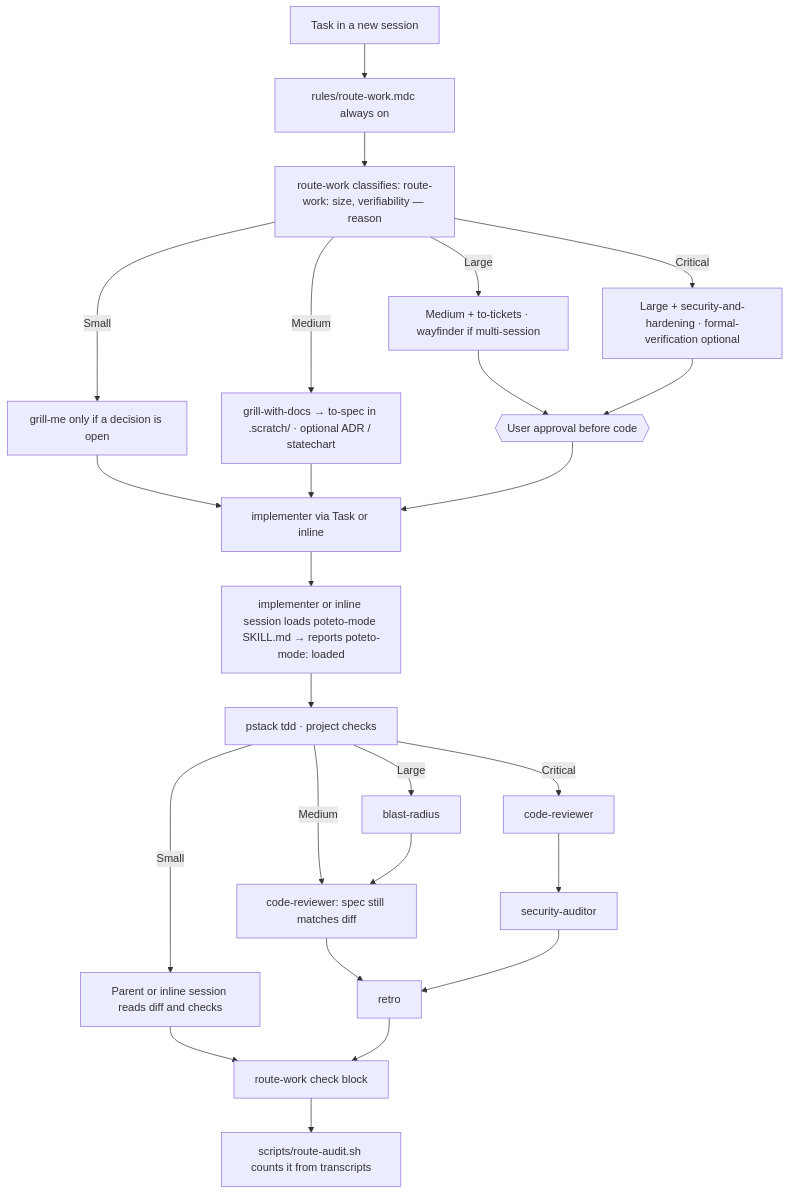
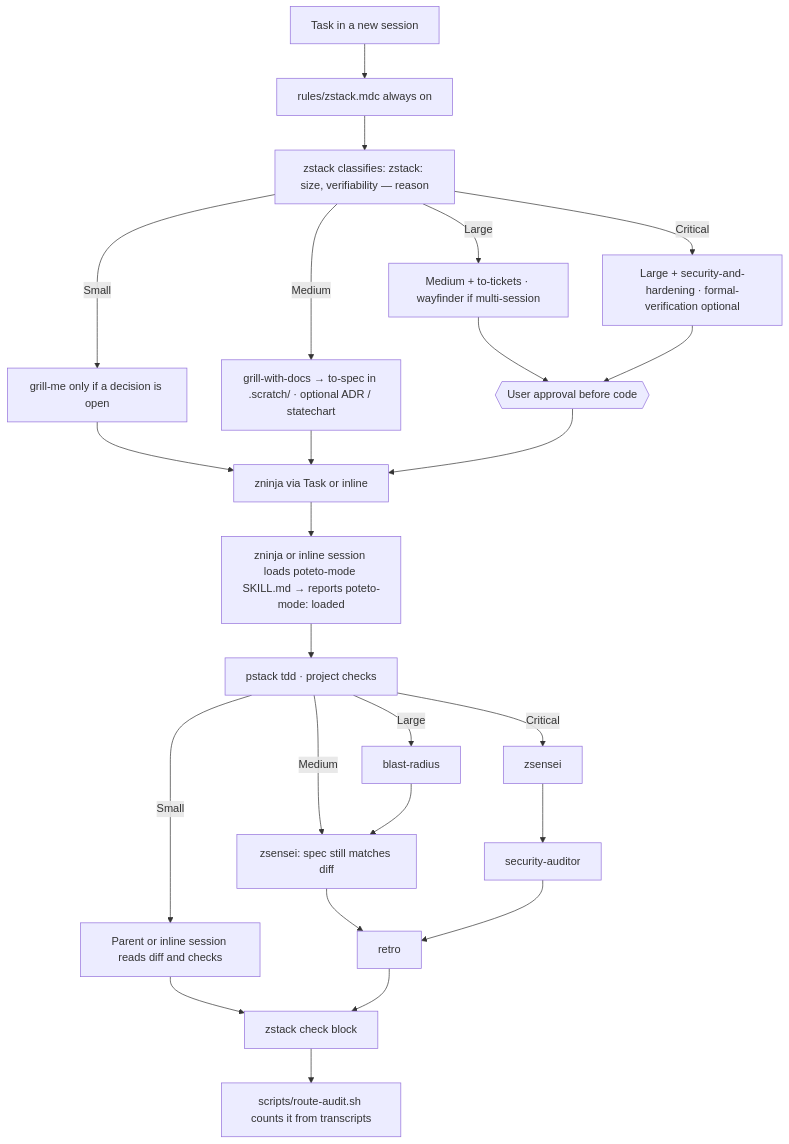
The diagram in docs/software-factory.md (Byevenes/agent-workflow), drawn with Mermaid before and after one commit. The commit also changed other lines of this file and 18 other files, not shown here.

Commit message:
refactor(zstack): rename route-work to zStack with a route-work alias

````diff
--- a/docs/software-factory.md
+++ b/docs/software-factory.md
@@ -5,25 +5,25 @@
 ```mermaid
 flowchart TD
-  task[Task in a new session] --> rule[rules/route-work.mdc always on]
-  rule --> rw[route-work classifies: route-work: size, verifiability — reason]
+  task[Task in a new session] --> rule[rules/zstack.mdc always on]
+  rule --> rw[zstack classifies: zstack: size, verifiability — reason]
   rw -->|Small| sPlan[grill-me only if a decision is open]
   rw -->|Medium| mPlan[grill-with-docs → to-spec in .scratch/ · optional ADR / statechart]
   rw -->|Large| lPlan[Medium + to-tickets · wayfinder if multi-session]
   rw -->|Critical| cPlan[Large + security-and-hardening · formal-verification optional]
   lPlan --> gate{{User approval before code}}
   cPlan --> gate
   sPlan --> impl
   mPlan --> impl
-  gate --> impl[implementer via Task or inline]
-  impl --> pm[implementer or inline session loads poteto-mode SKILL.md → reports poteto-mode: loaded]
+  gate --> impl[zninja via Task or inline]
+  impl --> pm[zninja or inline session loads poteto-mode SKILL.md → reports poteto-mode: loaded]
   pm --> tdd[pstack tdd · project checks]
   tdd -->|Small| done[Parent or inline session reads diff and checks]
-  tdd -->|Medium| cr[code-reviewer: spec still matches diff]
+  tdd -->|Medium| cr[zsensei: spec still matches diff]
   tdd -->|Large| br[blast-radius] --> cr
-  tdd -->|Critical| cr2[code-reviewer] --> sa[security-auditor]
+  tdd -->|Critical| cr2[zsensei] --> sa[security-auditor]
   cr --> retro[retro]
   sa --> retro
-  done --> check[route-work check block]
+  done --> check[zstack check block]
   retro --> check
   check --> audit[scripts/route-audit.sh counts it from transcripts]
 ```
````
